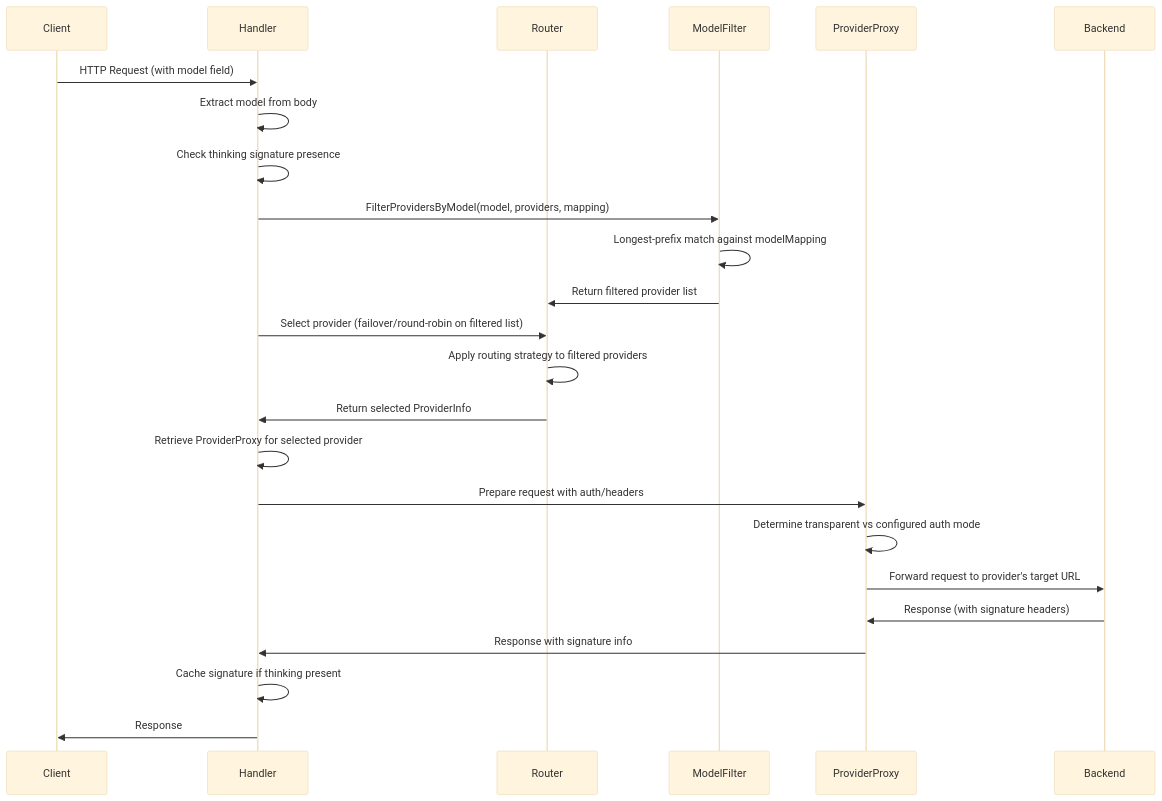
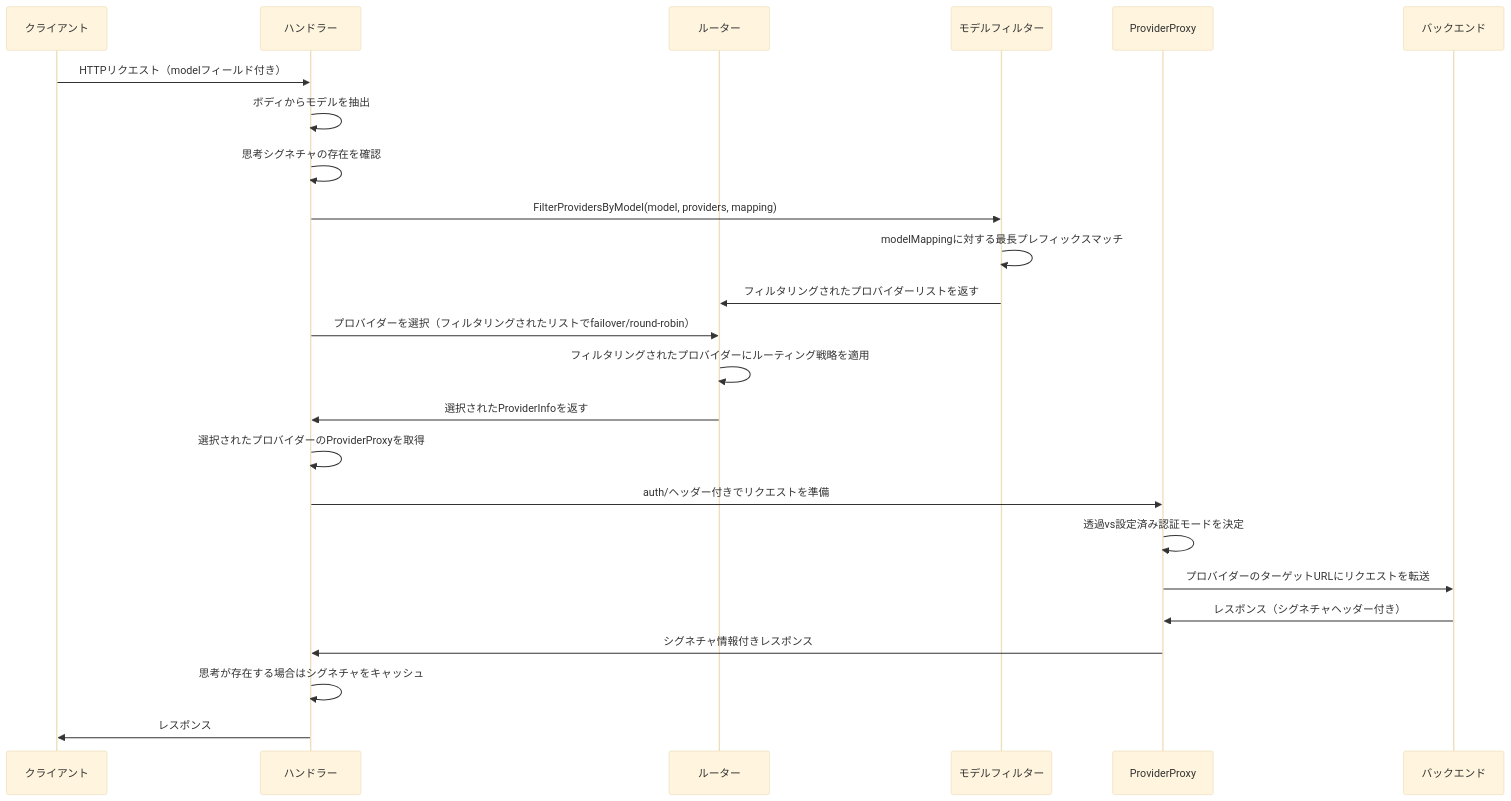
One commit to omarluq/cc-relay changed the second of 5 diagrams in docs-site/content/ja/docs/architecture.md. Above: the diagram before and after it, drawn with Mermaid (base theme). The commit also changed other lines of this file and 4 other files, not shown here.

First line of the commit message:
docs: translate architecture.md to all supported languages

````diff
--- a/docs-site/content/ja/docs/architecture.md
+++ b/docs-site/content/ja/docs/architecture.md
@@ -140,28 +140,28 @@
 ```mermaid
 sequenceDiagram
-    participant Client
-    participant Handler
-    participant Router
-    participant ModelFilter
+    participant Client as クライアント
+    participant Handler as ハンドラー
+    participant Router as ルーター
+    participant ModelFilter as モデルフィルター
     participant ProviderProxy
-    participant Backend
+    participant Backend as バックエンド
 
-    Client->>Handler: HTTP Request (with model field)
-    Handler->>Handler: Extract model from body
-    Handler->>Handler: Check thinking signature presence
+    Client->>Handler: HTTPリクエスト（modelフィールド付き）
+    Handler->>Handler: ボディからモデルを抽出
+    Handler->>Handler: 思考シグネチャの存在を確認
     Handler->>ModelFilter: FilterProvidersByModel(model, providers, mapping)
-    ModelFilter->>ModelFilter: Longest-prefix match against modelMapping
-    ModelFilter->>Router: Return filtered provider list
-    Handler->>Router: Select provider (failover/round-robin on filtered list)
-    Router->>Router: Apply routing strategy to filtered providers
-    Router->>Handler: Return selected ProviderInfo
+    ModelFilter->>ModelFilter: modelMappingに対する最長プレフィックスマッチ
+    ModelFilter->>Router: フィルタリングされたプロバイダーリストを返す
+    Handler->>Router: プロバイダーを選択（フィルタリングされたリストでfailover/round-robin）
+    Router->>Router: フィルタリングされたプロバイダーにルーティング戦略を適用
+    Router->>Handler: 選択されたProviderInfoを返す
 
-    Handler->>Handler: Retrieve ProviderProxy for selected provider
-    Handler->>ProviderProxy: Prepare request with auth/headers
-    ProviderProxy->>ProviderProxy: Determine transparent vs configured auth mode
-    ProviderProxy->>Backend: Forward request to provider's target URL
-    Backend->>ProviderProxy: Response (with signature headers)
-    ProviderProxy->>Handler: Response with signature info
-    Handler->>Handler: Cache signature if thinking present
-    Handler->>Client: Response
+    Handler->>Handler: 選択されたプロバイダーのProviderProxyを取得
+    Handler->>ProviderProxy: auth/ヘッダー付きでリクエストを準備
+    ProviderProxy->>ProviderProxy: 透過vs設定済み認証モードを決定
+    ProviderProxy->>Backend: プロバイダーのターゲットURLにリクエストを転送
+    Backend->>ProviderProxy: レスポンス（シグネチャヘッダー付き）
+    ProviderProxy->>Handler: シグネチャ情報付きレスポンス
+    Handler->>Handler: 思考が存在する場合はシグネチャをキャッシュ
+    Handler->>Client: レスポンス
 ```
````
